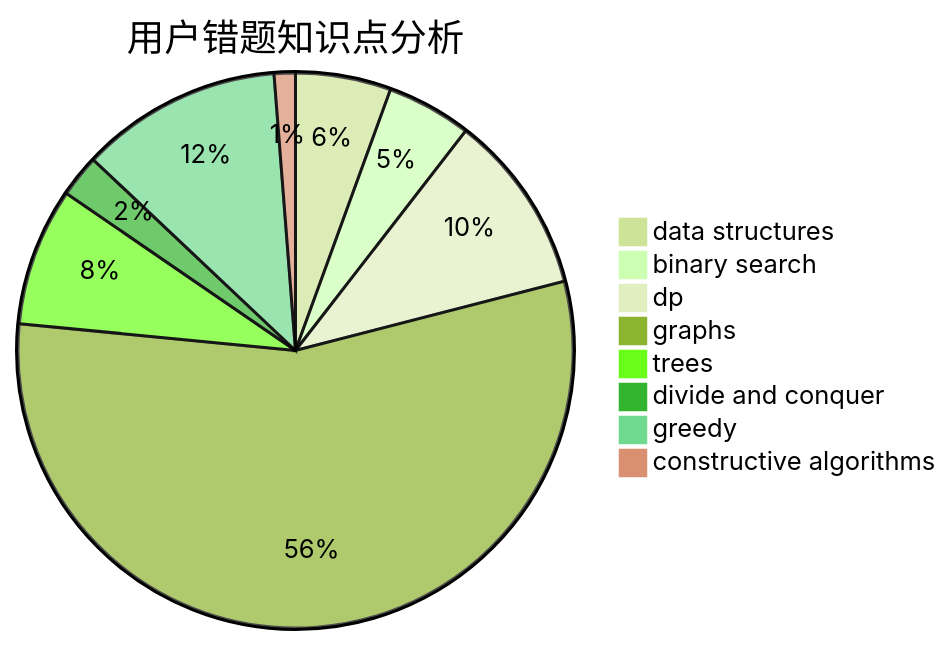
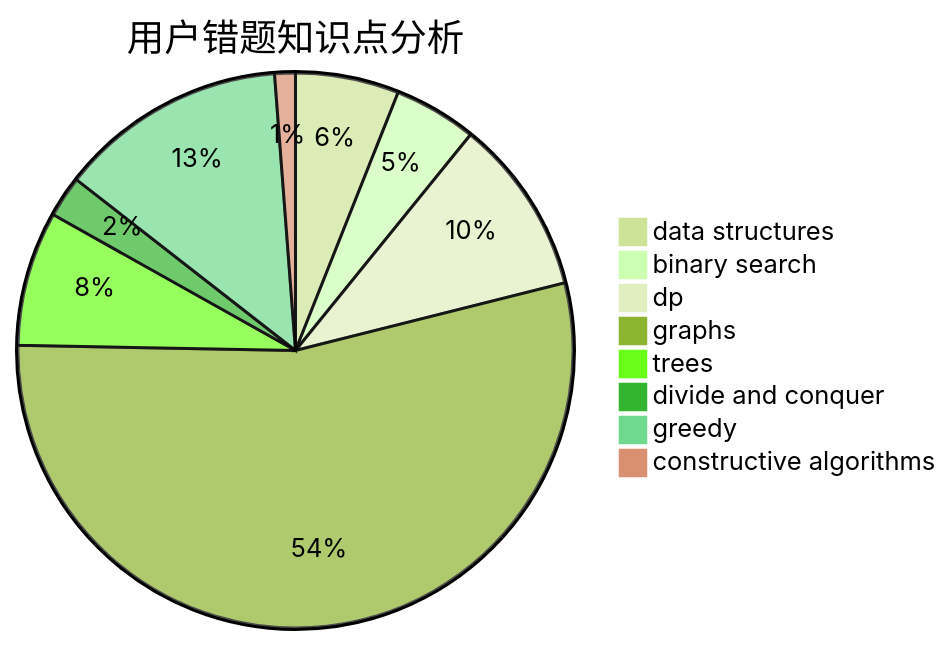
Before and after one commit to sherpahu/cfrs.github.io: the third of 3 diagrams in docs/user/u607.md, drawn with Mermaid (forest theme). The commit also changed other lines of this file and 2770 other files, not shown here.

````diff
--- a/docs/user/u607.md
+++ b/docs/user/u607.md
@@ -36,11 +36,11 @@
 ```mermaid
 pie title 用户错题知识点分析
-    "data structures" :  9
+    "data structures" :  10
     "binary search" :  8
     "dp" :  17
     "graphs" :  90
     "trees" :  13
     "divide and conquer" :  4
-    "greedy" :  19
+    "greedy" :  22
     "constructive algorithms" :  2
 ```
````
